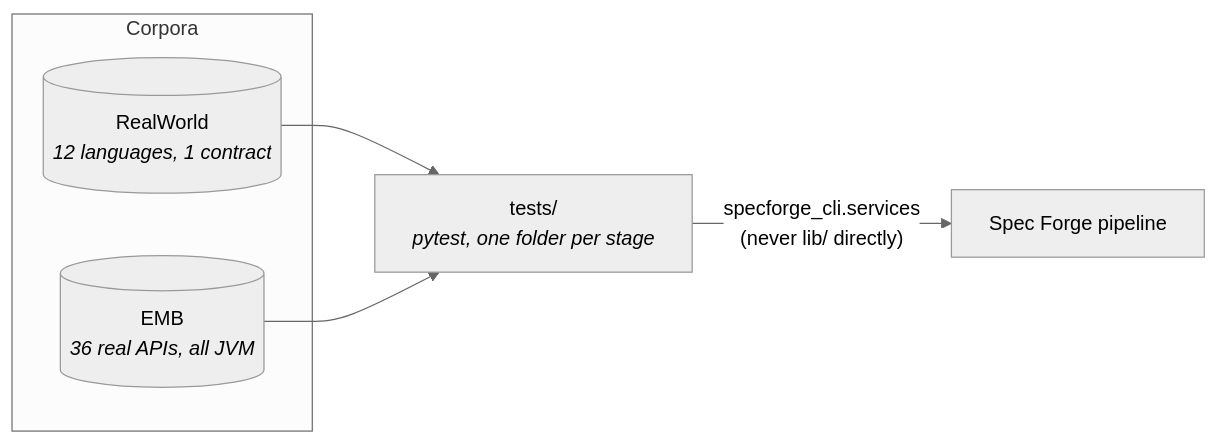
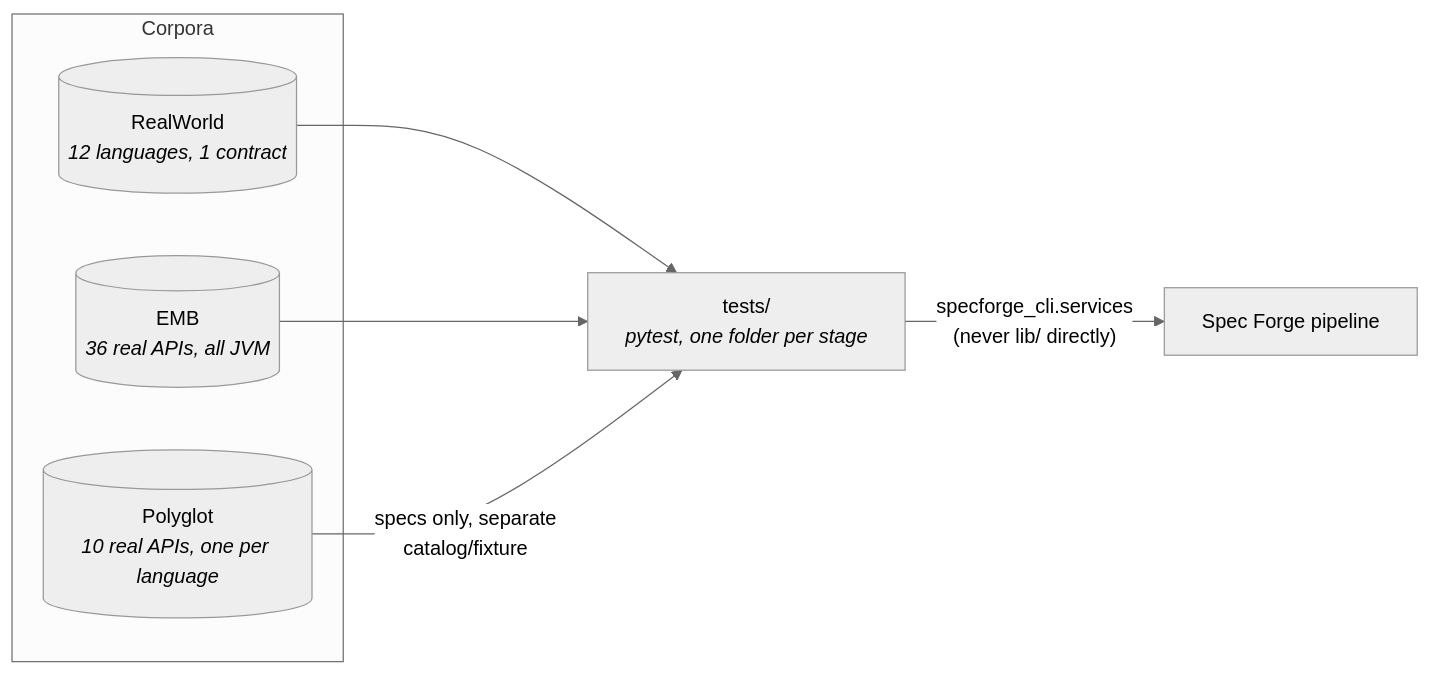
One commit to Spec-Forge-Testing/specforge-docs changed the diagram in docs/testing/index.md. Above: the diagram before and after it, drawn with Mermaid (neutral theme). The commit also changed other lines of this file and 2 other files, not shown here.

Commit message:
docs(testing): document polyglot's contract_engine wiring

````diff
--- a/docs/testing/index.md
+++ b/docs/testing/index.md
@@ -83,10 +86,12 @@
 ```mermaid
 flowchart LR
     subgraph Corpora
         RW[("RealWorld<br/><i>12 languages, 1 contract</i>")]
         EMB[("EMB<br/><i>36 real APIs, all JVM</i>")]
+        POLY[("Polyglot<br/><i>10 real APIs, one per language</i>")]
     end
     RW --> Suite["tests/<br/><i>pytest, one folder per stage</i>"]
     EMB --> Suite
+    POLY -->|"specs only, separate<br/>catalog/fixture"| Suite
     Suite -->|"specforge_cli.services<br/>(never lib/ directly)"| Pipeline["Spec Forge pipeline"]
 ```
````
